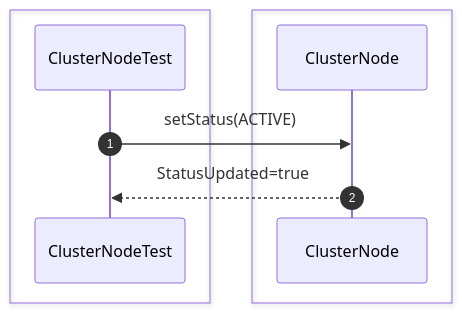
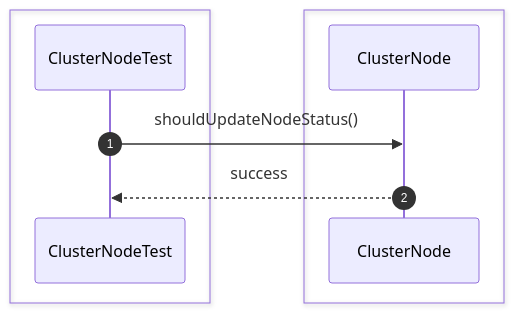
One commit to Huy1801214/dbms-architecture changed diagram 14 of 26 in src/sequence/replication.md. Above: the diagram before and after it, drawn with Mermaid. The commit also changed other lines of this file and 68 other files, not shown here.

Commit message:
implement comprehensive unit test suite and architectural sequence documentation

````diff
--- a/src/sequence/replication.md
+++ b/src/sequence/replication.md
@@ -252,14 +203,13 @@
 ```mermaid
 sequenceDiagram
     autonumber
-
     box #e1f5fe Test Suite
     participant Test as ClusterNodeTest
     end
-    box #ffebee Replication Components
-    participant Node as ClusterNode
+    box #e3f2fd ClusterNode Component
+    participant CN as ClusterNode
     end
 
-    Test->>Node: setStatus(ACTIVE)
-    Node-->>Test: StatusUpdated=true
+    Test->>CN: shouldUpdateNodeStatus()
+    CN-->>Test: success
 ```
````
